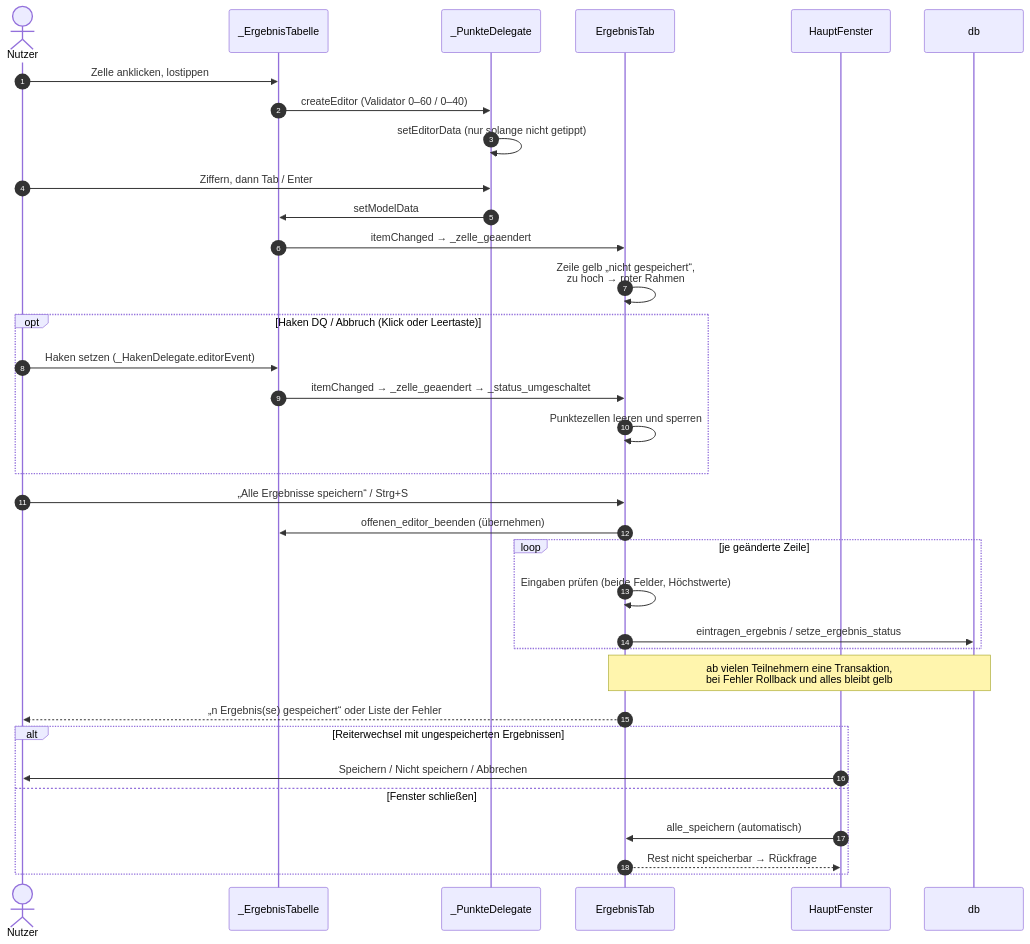
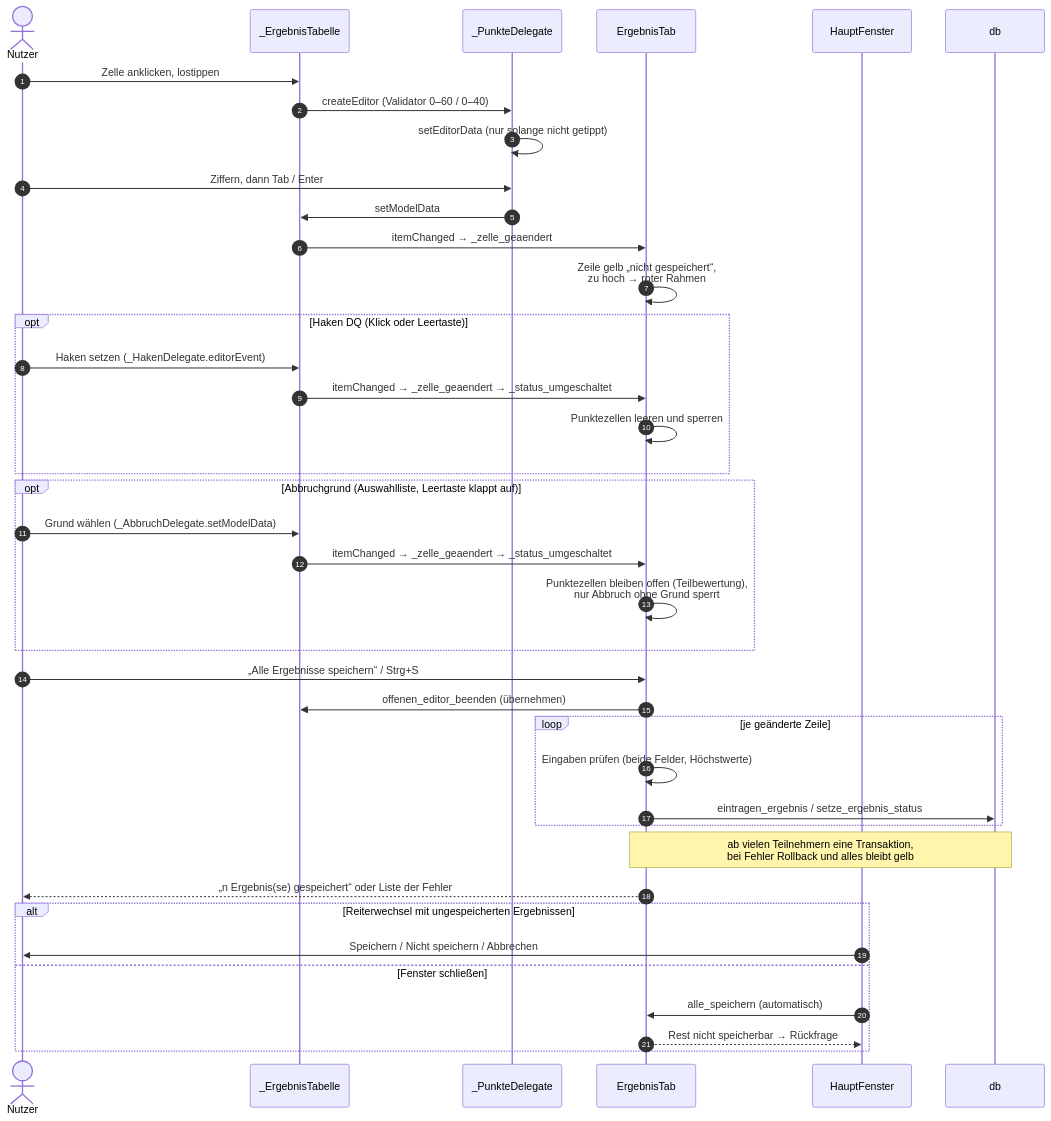
The eighth of 13 diagrams in UML.md (mbruver-source/SHS), drawn with Mermaid before and after one commit. The commit also changed other lines of this file and 37 other files, not shown here.

````diff
--- a/UML.md
+++ b/UML.md
@@ -414,38 +430,43 @@
 ```mermaid
 sequenceDiagram
     autonumber
     actor N as Nutzer
     participant TB as _ErgebnisTabelle
     participant DG as _PunkteDelegate
     participant E as ErgebnisTab
     participant H as HauptFenster
     participant D as db
 
     N->>TB: Zelle anklicken, lostippen
     TB->>DG: createEditor (Validator 0–60 / 0–40)
     DG->>DG: setEditorData (nur solange nicht getippt)
     N->>DG: Ziffern, dann Tab / Enter
     DG->>TB: setModelData
     TB->>E: itemChanged → _zelle_geaendert
     E->>E: Zeile gelb „nicht gespeichert“,<br/>zu hoch → roter Rahmen
-    opt Haken DQ / Abbruch (Klick oder Leertaste)
+    opt Haken DQ (Klick oder Leertaste)
         N->>TB: Haken setzen (_HakenDelegate.editorEvent)
         TB->>E: itemChanged → _zelle_geaendert → _status_umgeschaltet
         E->>E: Punktezellen leeren und sperren
+    end
+    opt Abbruchgrund (Auswahlliste, Leertaste klappt auf)
+        N->>TB: Grund wählen (_AbbruchDelegate.setModelData)
+        TB->>E: itemChanged → _zelle_geaendert → _status_umgeschaltet
+        E->>E: Punktezellen bleiben offen (Teilbewertung),<br/>nur Abbruch ohne Grund sperrt
     end
     N->>E: „Alle Ergebnisse speichern“ / Strg+S
     E->>TB: offenen_editor_beenden (übernehmen)
     loop je geänderte Zeile
         E->>E: Eingaben prüfen (beide Felder, Höchstwerte)
         E->>D: eintragen_ergebnis / setze_ergebnis_status
     end
     Note over E,D: ab vielen Teilnehmern eine Transaktion,<br/>bei Fehler Rollback und alles bleibt gelb
     E-->>N: „n Ergebnis(se) gespeichert“ oder Liste der Fehler
 
     alt Reiterwechsel mit ungespeicherten Ergebnissen
         H->>N: Speichern / Nicht speichern / Abbrechen
     else Fenster schließen
         H->>E: alle_speichern (automatisch)
         E-->>H: Rest nicht speicherbar → Rückfrage
     end
 ```
````
